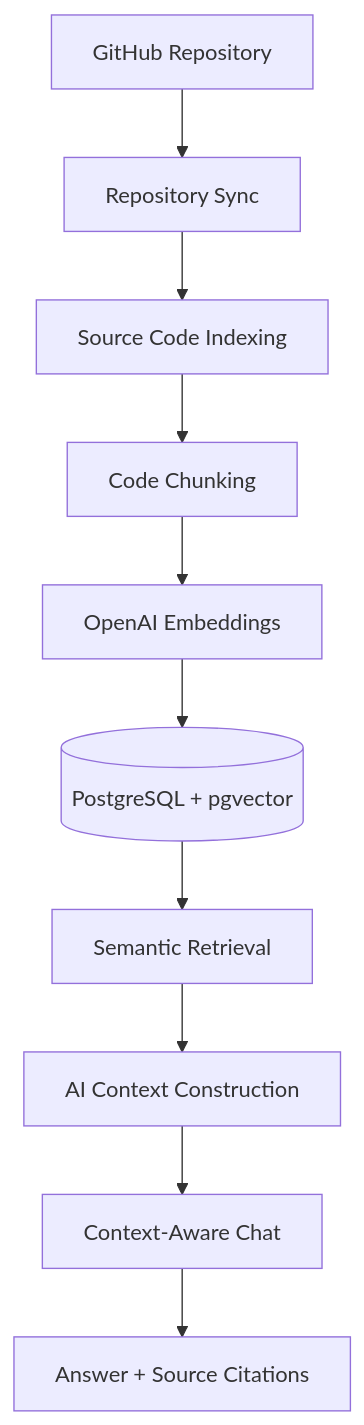
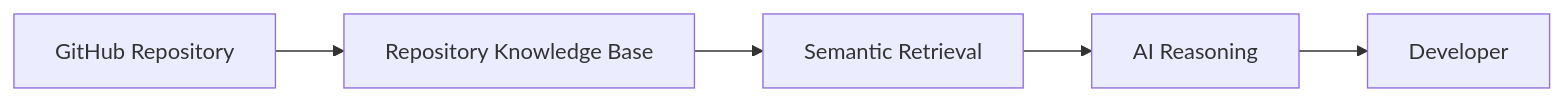
One commit to MishraRoushankumar/RepoBeacon changed the first of 5 diagrams in README.md. Above: the diagram before and after it, drawn with Mermaid. The commit also changed other lines of this file and 1 other file, not shown here.

Commit message:
feat: update README with project status and indexing details; refine markdown settings

````diff
--- a/README.md
+++ b/README.md
@@ -81,11 +98,13 @@
 ```mermaid
-flowchart
-    A[GitHub Repository] --> B[Repository Sync] --> C[Source Code Indexing]
-    C --> D[Code Chunking]
-    D --> E[OpenAI Embeddings]
-    E --> F[(PostgreSQL + pgvector)]
-    F --> G[Semantic Retrieval]
-    G --> H[AI Context Construction]
-    H --> I[Context-Aware Chat]
-    I --> J[Answer + Source Citations]
+flowchart LR
+    A[GitHub Repository]
+    B[Repository Knowledge Base]
+    C[Semantic Retrieval]
+    D[AI Reasoning]
+    E[Developer]
+
+    A --> B
+    B --> C
+    C --> D
+    D --> E
 ```
````
